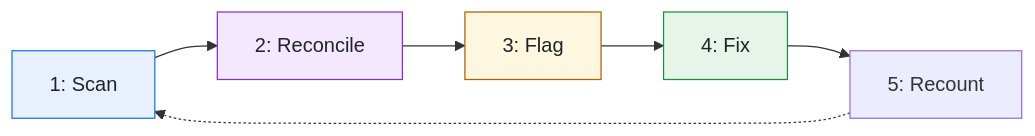
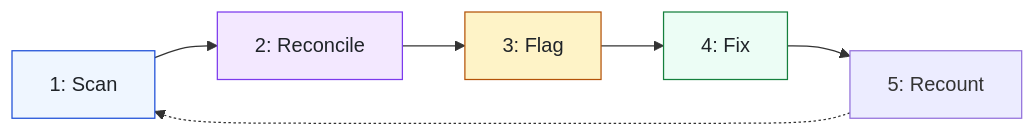
Before and after one commit to alex-yanchenko/skaldr: the first of 4 diagrams in tests/golden/example.notion/page.md, drawn with Mermaid. The commit also changed other lines of this file and 14 other files, not shown here.

First line of the commit message:
fix(export): colour diagram nodes from the page stylesheet and state when an archive rechecks edits (#240)

````diff
--- a/tests/golden/example.notion/page.md
+++ b/tests/golden/example.notion/page.md
@@ -83,17 +83,17 @@
 ```mermaid
 flowchart LR
     s1["1: Scan"]:::info
     s2["2: Reconcile"]:::accent
     s3["3: Flag"]:::warning
     s4["4: Fix"]:::success
     s5["5: Recount"]
     s1 --> s2
     s2 --> s3
     s3 --> s4
     s4 --> s5
     s5 -.-> s1
-    classDef accent fill:#f3e8fd,stroke:#8430ce,color:#1f2328
-    classDef info fill:#e8f0fe,stroke:#1a73e8,color:#1f2328
-    classDef success fill:#e6f4ea,stroke:#1e8e3e,color:#1f2328
-    classDef warning fill:#fef7e0,stroke:#b06000,color:#1f2328
+    classDef accent fill:#f3e8ff,stroke:#7c3aed,color:#1f2328
+    classDef info fill:#eff6ff,stroke:#1d4ed8,color:#1f2328
+    classDef success fill:#ecfdf5,stroke:#15803d,color:#1f2328
+    classDef warning fill:#fef3c7,stroke:#b45309,color:#1f2328
 ```
````
